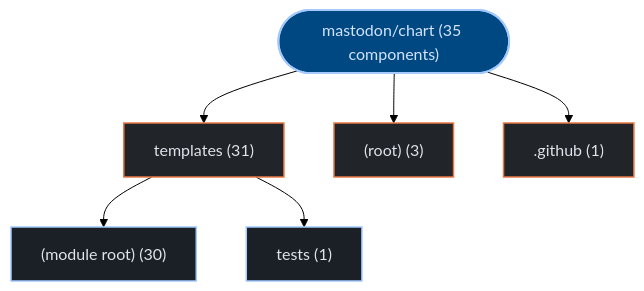
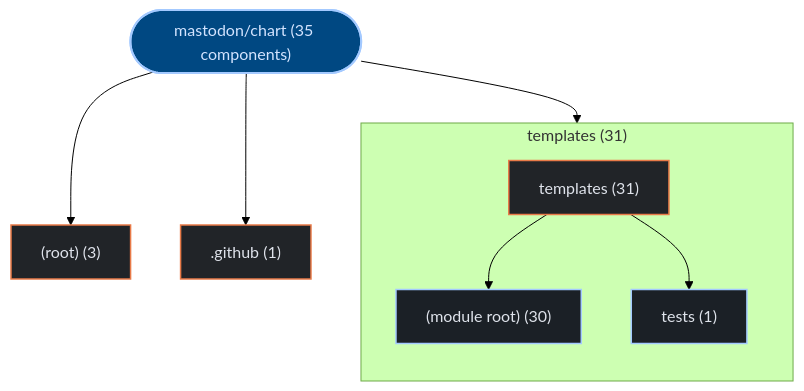
The first of 3 diagrams in exports/latest/reports/mastodon-chart-report.md (kumarshaz/atruss-code-atlas), drawn with Mermaid (forest theme) before and after one commit. The commit also changed 178 other files, not shown here.

Commit message:
feat(ui,mermaid): upgrade to mermaid v12 + ELK layout, add orgs-summary + pagination, subgraph building blocks, fix tab alignment

````diff
--- a/exports/latest/reports/mastodon-chart-report.md
+++ b/exports/latest/reports/mastodon-chart-report.md
@@ -42,21 +42,24 @@
 ```mermaid
 graph TD;
   classDef atlasRoot fill:#004882,stroke:#a3c9ff,stroke-width:2px,color:#d3e4ff
   classDef atlasCategory fill:#212428,stroke:#E87A48,stroke-width:1.5px,color:#dfe3eb
   classDef atlasWorkflow fill:#1b2026,stroke:#a3c9ff,stroke-width:1.5px,color:#dfe3eb
   classDef atlasJob fill:#171c22,stroke:#8d9199,stroke-width:1px,color:#dfe3eb
   classDef atlasTarget fill:#005227,stroke:#8bd99b,stroke-width:1.5px,color:#a7f6b6
   classDef atlasAlert fill:#93000a,stroke:#ffb4ab,stroke-width:1.5px,color:#ffdad6
   classDef atlasMore fill:#252a31,stroke:#8d9199,stroke-dasharray:4 4,color:#c3c6cf
     repo_root(["mastodon/chart (35 components)"]):::atlasRoot
-    dir_0_templates["templates (31)"]:::atlasCategory
+    subgraph sg_dir_0_templates["templates (31)"]
+      direction TB
+      dir_0_templates["templates (31)"]:::atlasCategory
+      sub_0_0__module_root_["(module root) (30)"]:::atlasWorkflow
+      dir_0_templates --> sub_0_0__module_root_
+      sub_0_1_tests["tests (1)"]:::atlasWorkflow
+      dir_0_templates --> sub_0_1_tests
+    end
     repo_root --> dir_0_templates
-    sub_0_0__module_root_["(module root) (30)"]:::atlasWorkflow
-    dir_0_templates --> sub_0_0__module_root_
-    sub_0_1_tests["tests (1)"]:::atlasWorkflow
-    dir_0_templates --> sub_0_1_tests
     dir_1__root_["(root) (3)"]:::atlasCategory
     repo_root --> dir_1__root_
     dir_2__github[".github (1)"]:::atlasCategory
     repo_root --> dir_2__github
 ```
````
